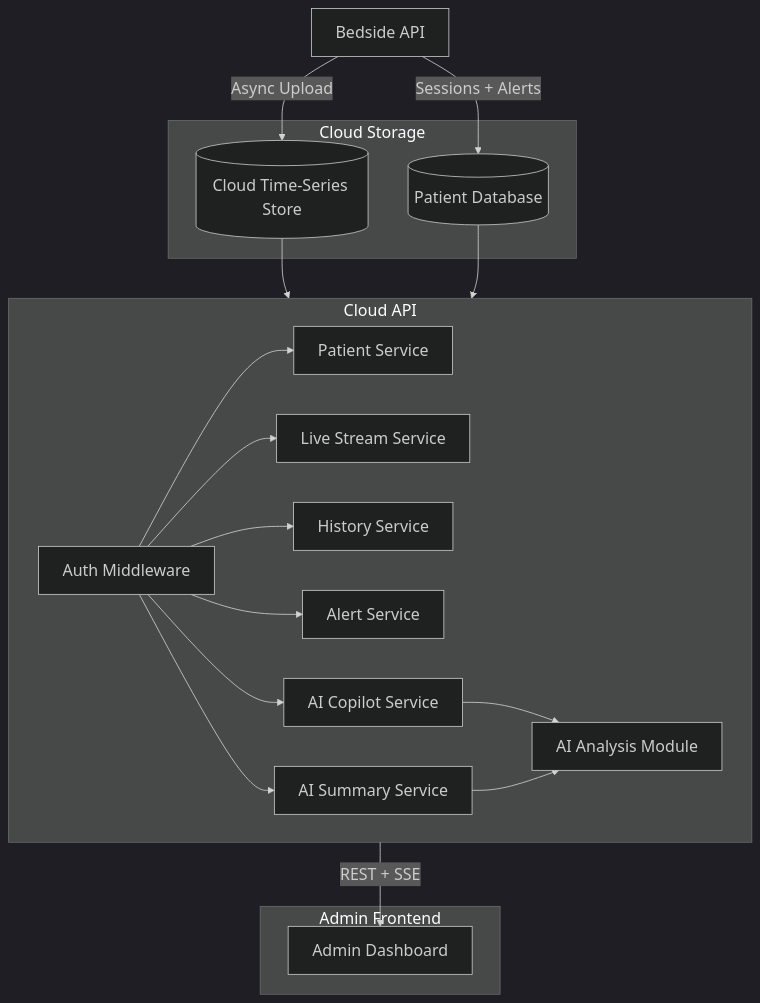
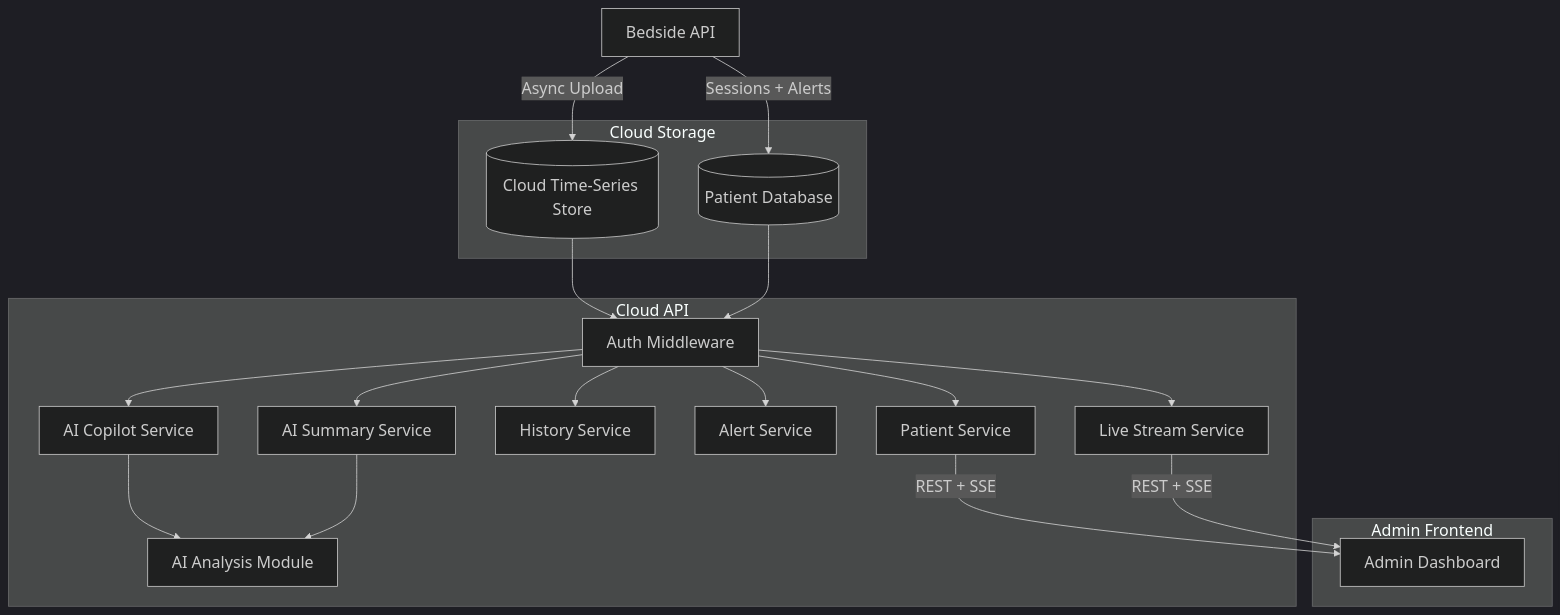
One commit to LIANJIAJUN04/FYP2_T88J182_LianJiaJun changed the third of 22 diagrams in mermaid.md. Above: the diagram before and after it, drawn with Mermaid. The commit also changed other lines of this file and 2 other files, not shown here.

````diff
--- a/mermaid.md
+++ b/mermaid.md
@@ -126,39 +126,40 @@
 ```mermaid
-%%{init: {'theme': 'dark', 'themeVariables': {'fontSize': '20px'}}}%%
+%%{init: {"theme": "dark", "themeVariables": {"fontSize": "20px"}}}%%
 graph TD
     BEDSIDE["Bedside API"]
 
     subgraph STORAGE["Cloud Storage"]
         ST2[("Cloud Time-Series Store")]
         ST3[("Patient Database")]
     end
 
     subgraph CLOUD_BE["Cloud API"]
         CB1["Auth Middleware"]
         CB2["Patient Service"]
         CB3["Live Stream Service"]
         CB4["History Service"]
         CB5["Alert Service"]
         CB6["AI Copilot Service"]
         CB7["AI Summary Service"]
         CB8["AI Analysis Module"]
         CB1 --> CB2
         CB1 --> CB3
         CB1 --> CB4
         CB1 --> CB5
         CB1 --> CB6
         CB1 --> CB7
         CB6 --> CB8
         CB7 --> CB8
     end
 
     subgraph FE["Admin Frontend"]
         FE2["Admin Dashboard"]
     end
 
     BEDSIDE -->|"Async Upload"| ST2
     BEDSIDE -->|"Sessions + Alerts"| ST3
-    ST2 --> CLOUD_BE
-    ST3 --> CLOUD_BE
-    CLOUD_BE -->|"REST + SSE"| FE2
+    ST2 --> CB1
+    ST3 --> CB1
+    CB2 -->|"REST + SSE"| FE2
+    CB3 -->|"REST + SSE"| FE2
 ```
````
